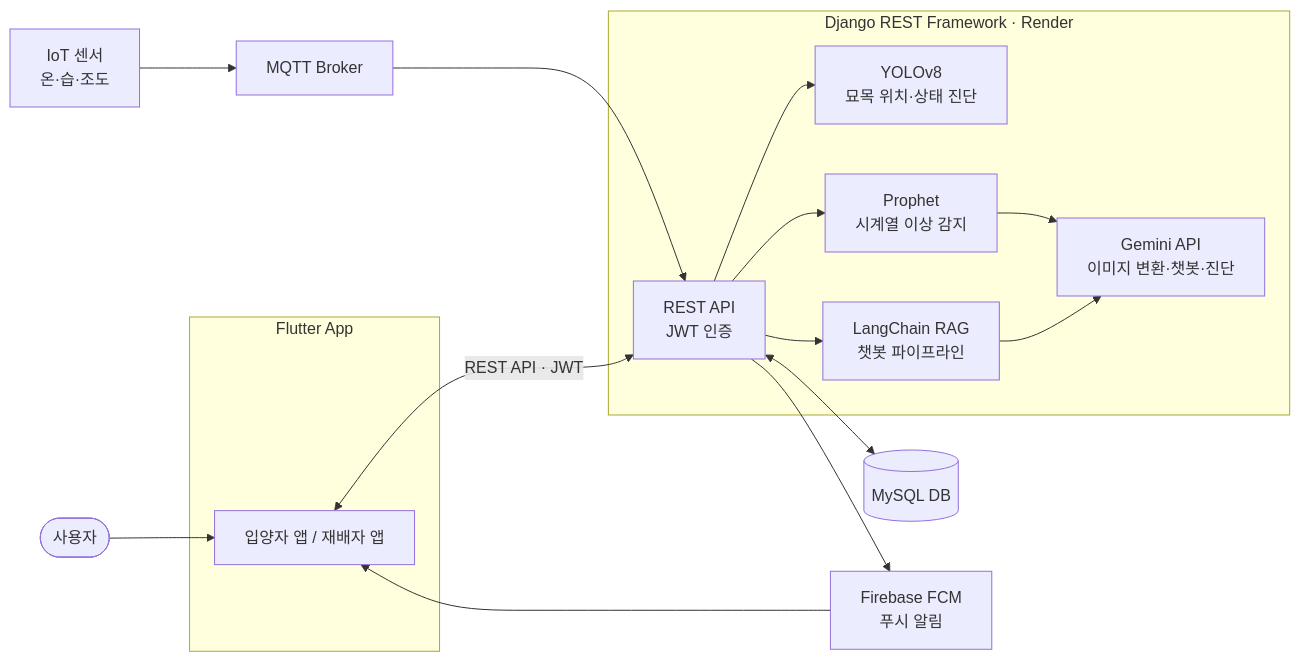
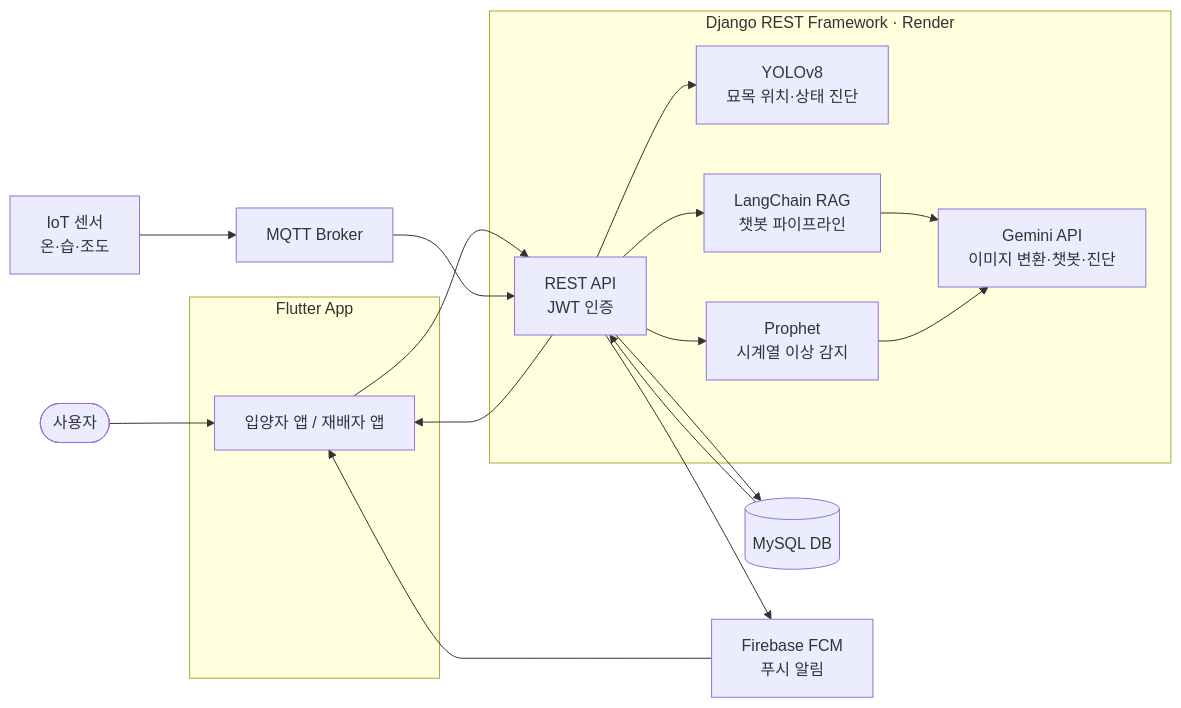
One commit to PNU-2026-AI-Hackathon/pnuai-b-05-root changed the first of 4 diagrams in README.md. Above: the diagram before and after it, drawn with Mermaid.

Commit message:
fix: 시스템 구성도 Mermaid 다이어그램 렌더링 오류 수정 (양방향/체이닝 화살표 제거)

````diff
--- a/README.md
+++ b/README.md
@@ -98,29 +98,33 @@
 ```mermaid
 flowchart LR
     User(["사용자"])
     subgraph APP["Flutter App"]
         FE["입양자 앱 / 재배자 앱"]
     end
     subgraph SRV["Django REST Framework · Render"]
         API["REST API<br/>JWT 인증"]
         YOLO["YOLOv8<br/>묘목 위치·상태 진단"]
         PROPHET["Prophet<br/>시계열 이상 감지"]
         RAG["LangChain RAG<br/>챗봇 파이프라인"]
         GEMINI["Gemini API<br/>이미지 변환·챗봇·진단"]
     end
     DB[("MySQL DB")]
     MQTT["MQTT Broker"]
     IOT["IoT 센서<br/>온·습·조도"]
     FCM["Firebase FCM<br/>푸시 알림"]
 
     User --> FE
-    FE <-->|"REST API · JWT"| API
+    FE --> API
+    API --> FE
     API --> YOLO
     API --> PROPHET
     API --> RAG
     RAG --> GEMINI
     PROPHET --> GEMINI
-    API <--> DB
-    IOT --> MQTT --> API
-    API --> FCM --> FE
+    API --> DB
+    DB --> API
+    IOT --> MQTT
+    MQTT --> API
+    API --> FCM
+    FCM --> FE
 ```
````
